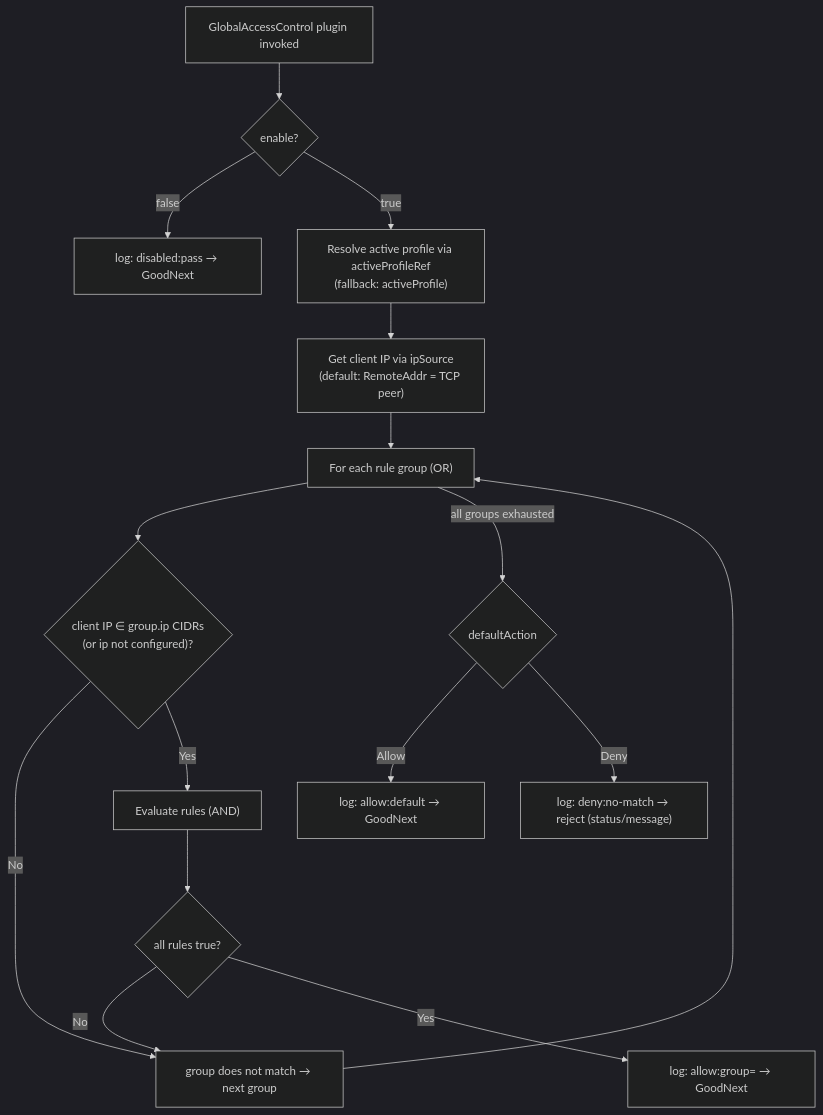
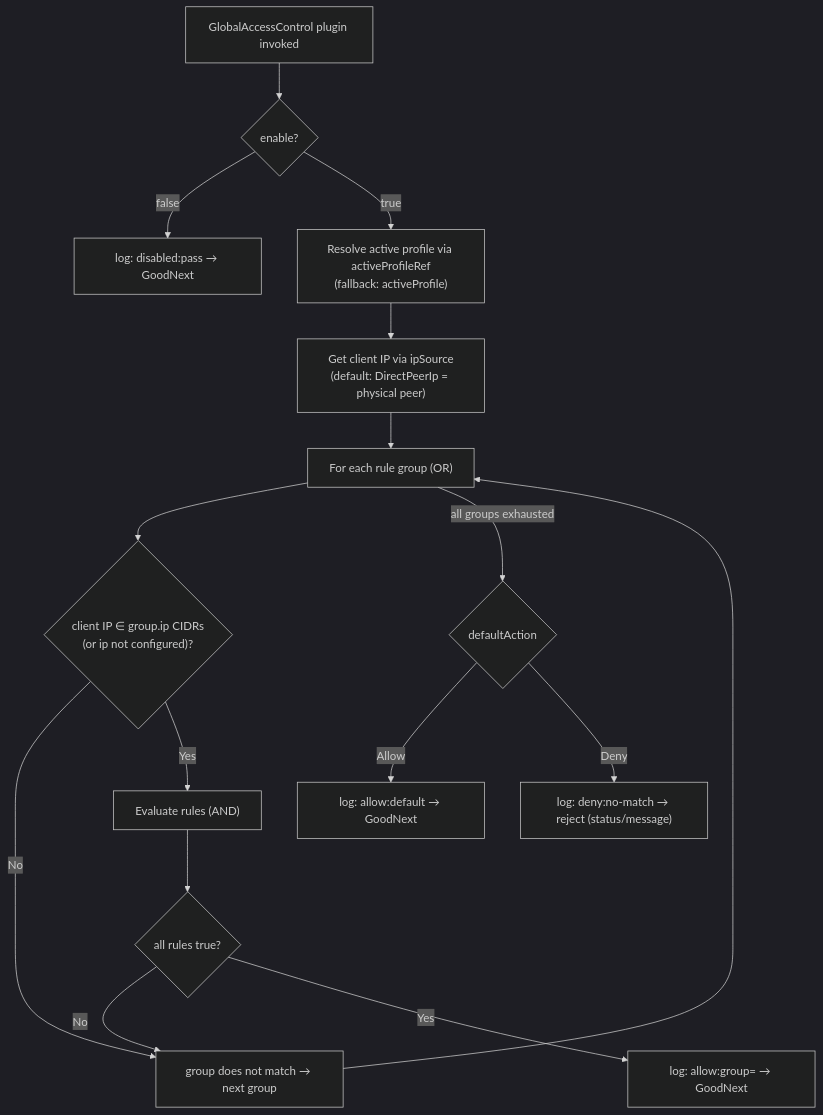
Before and after one commit to Pandaala/Edgion: the diagram in docs/en/user-guide/http-route/filters/edgion-plugins/global-access-control.md, drawn with Mermaid (dark theme). The commit also changed other lines of this file and 179 other files, not shown here.

Commit message:
mod directPeerIp and RemoteIp

````diff
--- a/docs/en/user-guide/http-route/filters/edgion-plugins/global-access-control.md
+++ b/docs/en/user-guide/http-route/filters/edgion-plugins/global-access-control.md
@@ -359,18 +359,18 @@
 ```mermaid
 flowchart TD
     A["GlobalAccessControl plugin invoked"] --> B{"enable?"}
     B -->|false| Z1["log: disabled:pass → GoodNext"]
     B -->|true| C["Resolve active profile via activeProfileRef\n(fallback: activeProfile)"]
-    C --> D["Get client IP via ipSource\n(default: RemoteAddr = TCP peer)"]
+    C --> D["Get client IP via ipSource\n(default: DirectPeerIp = physical peer)"]
     D --> E["For each rule group (OR)"]
     E --> F{"client IP ∈ group.ip CIDRs\n(or ip not configured)?"}
     F -->|No| G["group does not match → next group"]
     G --> E
     F -->|Yes| H["Evaluate rules (AND)"]
     H --> I{"all rules true?"}
     I -->|No| G
     I -->|Yes| Z2["log: allow:group=<name> → GoodNext"]
     E -->|"all groups exhausted"| J{"defaultAction"}
     J -->|Allow| Z3["log: allow:default → GoodNext"]
     J -->|Deny| Z4["log: deny:no-match → reject (status/message)"]
 ```
````
